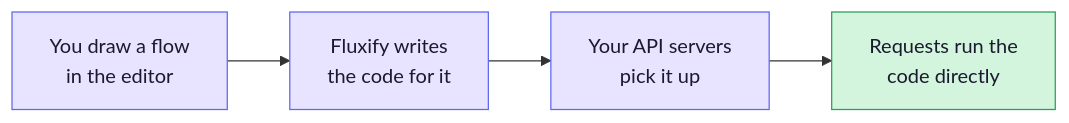
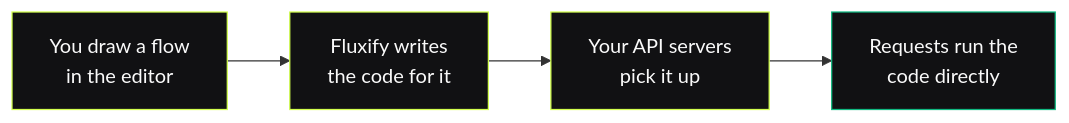
The first of 2 diagrams in docs/architecture/index.md (07prajwal2000/Fluxify), drawn with Mermaid before and after one commit. The commit also changed other lines of this file and 44 other files, not shown here.

````diff
--- a/docs/architecture/index.md
+++ b/docs/architecture/index.md
@@ -18,11 +18,11 @@
 ```mermaid
 flowchart LR
     A["You draw a flow<br/>in the editor"] --> B["Fluxify writes<br/>the code for it"]
     B --> C["Your API servers<br/>pick it up"]
     C --> D["Requests run the<br/>code directly"]
 
-    style A fill:#e8e3ff,stroke:#5f67ee,color:#1a1a2e
-    style B fill:#e8e3ff,stroke:#5f67ee,color:#1a1a2e
-    style C fill:#e8e3ff,stroke:#5f67ee,color:#1a1a2e
-    style D fill:#d4f5dd,stroke:#2b9d5b,color:#1a1a2e
+    style A fill:#111113,stroke:#D2FF4D,color:#FAFAFA
+    style B fill:#111113,stroke:#D2FF4D,color:#FAFAFA
+    style C fill:#111113,stroke:#D2FF4D,color:#FAFAFA
+    style D fill:#111113,stroke:#10B981,color:#FAFAFA
 ```
````
